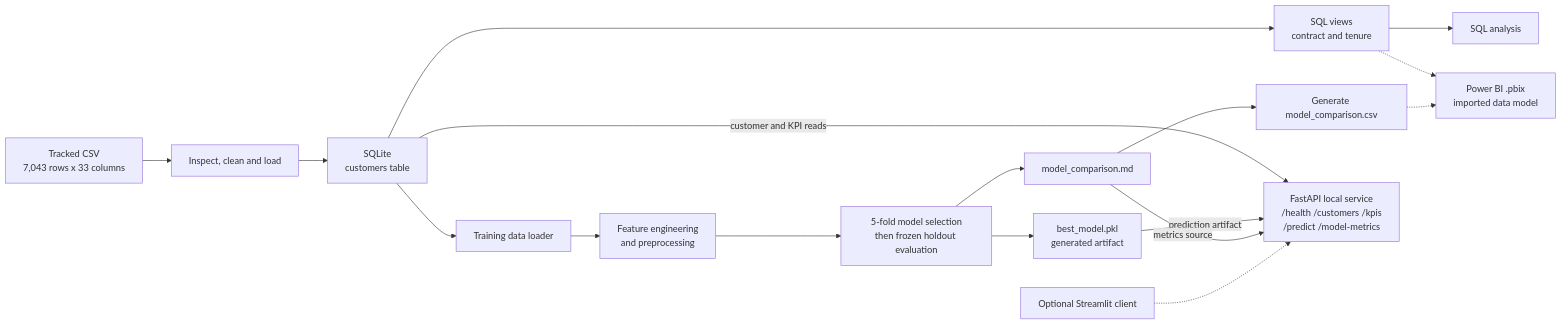
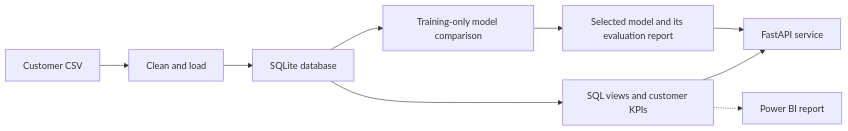
One commit to Tessa-Saumu/Customer-Churn-ML-Portfolio changed the diagram in README.md. Above: the diagram before and after it, drawn with Mermaid. The commit also changed other lines of this file and 25 other files, not shown here.

````diff
--- a/README.md
+++ b/README.md
@@ -26,22 +15,11 @@
 ```mermaid
 flowchart LR
-    CSV["Tracked CSV<br/>7,043 rows x 33 columns"] --> ETL["Inspect, clean and load"]
-    ETL --> DB["SQLite<br/>customers table"]
-    DB --> Views["SQL views<br/>contract and tenure"]
-    Views --> SQL["SQL analysis"]
-
-    DB --> Loader["Training data loader"]
-    Loader --> Prep["Feature engineering<br/>and preprocessing"]
-    Prep --> Eval["5-fold model selection<br/>then frozen holdout evaluation"]
-    Eval --> Model["best_model.pkl<br/>generated artifact"]
-    Eval --> Report["model_comparison.md"]
-    Report --> CSVOut["Generate model_comparison.csv"]
-
-    DB -->|customer and KPI reads| API["FastAPI local service<br/>/health /customers /kpis<br/>/predict /model-metrics"]
-    Model -->|prediction artifact| API
-    Report -->|metrics source| API
-
-    Views -.-> BI["Power BI .pbix<br/>imported data model"]
-    CSVOut -.-> BI
-    UI["Optional Streamlit client"] -.-> API
+    CSV[Customer CSV] --> ETL[Clean and load]
+    ETL --> DB[SQLite database]
+    DB --> Views[SQL views and customer KPIs]
+    DB --> Train[Training-only model comparison]
+    Train --> Pair[Selected model and its evaluation report]
+    Views --> API[FastAPI service]
+    Pair --> API
+    Views -.-> BI[Power BI report]
 ```
````
